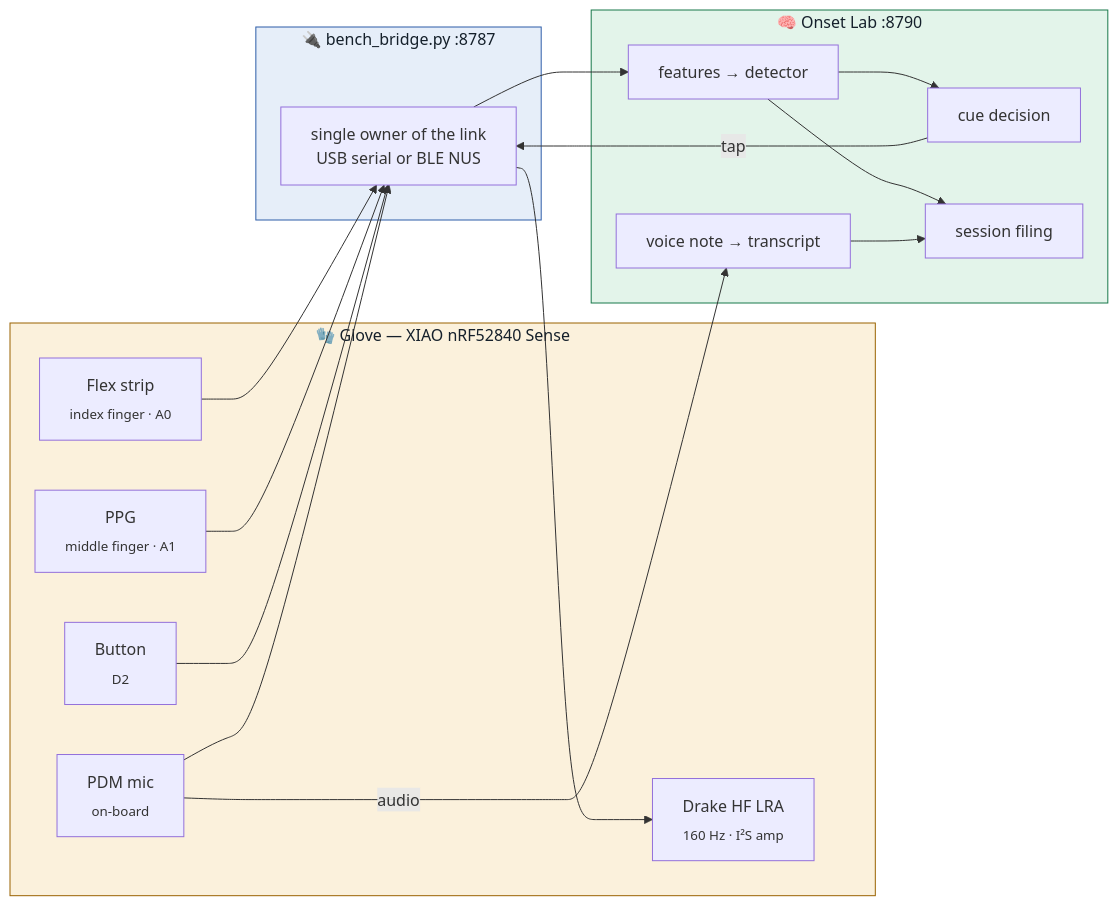
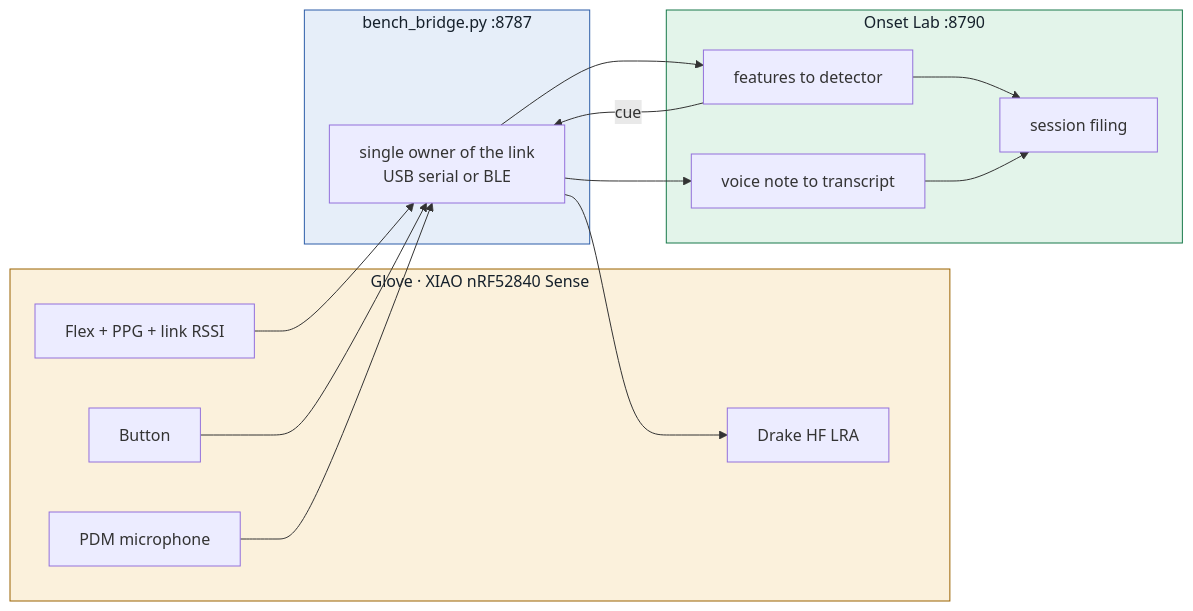
Before and after one commit to erikleanderberg/amulet-xpl: the diagram in README.md, drawn with Mermaid.

Commit message:
README: simplify the architecture diagram to constructs GitHub's mermaid renders reliably

````diff
--- a/README.md
+++ b/README.md
@@ -25,26 +25,29 @@
 ```mermaid
 flowchart LR
-    subgraph Glove["🧤 Glove — XIAO nRF52840 Sense"]
-        A["Flex strip<br/><sub>index finger · A0</sub>"]
-        B["PPG<br/><sub>middle finger · A1</sub>"]
-        C["Button<br/><sub>D2</sub>"]
-        D["PDM mic<br/><sub>on-board</sub>"]
-        E["Drake HF LRA<br/><sub>160 Hz · I²S amp</sub>"]
+    subgraph G["Glove · XIAO nRF52840 Sense"]
+        SENS["Flex + PPG + link RSSI"]
+        BTN["Button"]
+        MIC["PDM microphone"]
+        LRA["Drake HF LRA"]
     end
-    subgraph Bridge["🔌 bench_bridge.py :8787"]
-        F["single owner of the link<br/>USB serial or BLE NUS"]
+    subgraph B["bench_bridge.py :8787"]
+        BR["single owner of the link<br/>USB serial or BLE"]
     end
-    subgraph Lab["🧠 Onset Lab :8790"]
-        G["features → detector"]
-        H["cue decision"]
-        I["session filing"]
-        J["voice note → transcript"]
+    subgraph L["Onset Lab :8790"]
+        DET["features to detector"]
+        SESS["session filing"]
+        VN["voice note to transcript"]
     end
-    A & B & C & D --> F
-    F --> G --> H -->|tap| F --> E
-    G --> I
-    D -->|audio| J --> I
-    style Glove fill:#FBF1DC,stroke:#9A6200,color:#15202B
-    style Bridge fill:#E6EEF9,stroke:#2D5DA8,color:#15202B
-    style Lab fill:#E3F4EA,stroke:#18794A,color:#15202B
+    SENS --> BR
+    BTN --> BR
+    MIC --> BR
+    BR --> DET
+    BR --> VN
+    DET -->|cue| BR
+    BR --> LRA
+    DET --> SESS
+    VN --> SESS
+    style G fill:#FBF1DC,stroke:#9A6200,color:#15202B
+    style B fill:#E6EEF9,stroke:#2D5DA8,color:#15202B
+    style L fill:#E3F4EA,stroke:#18794A,color:#15202B
 ```
````
